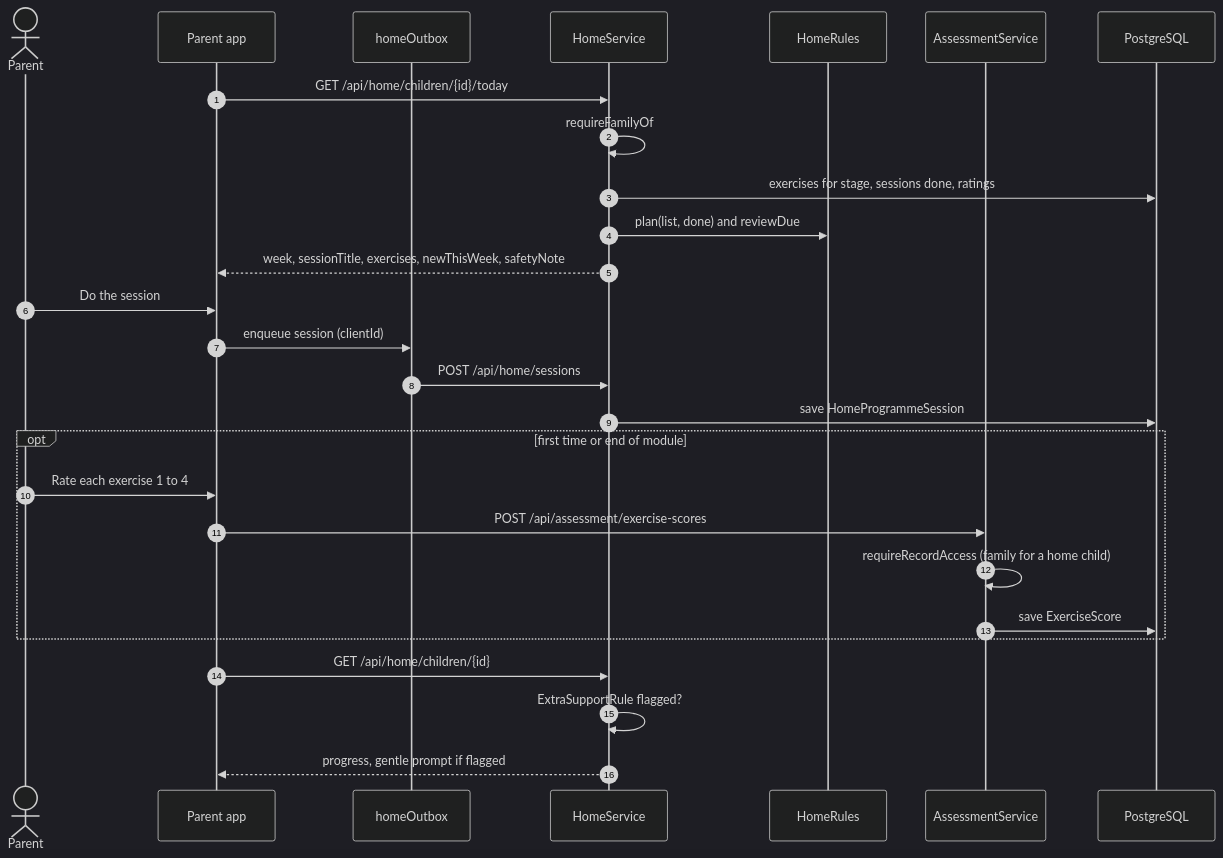
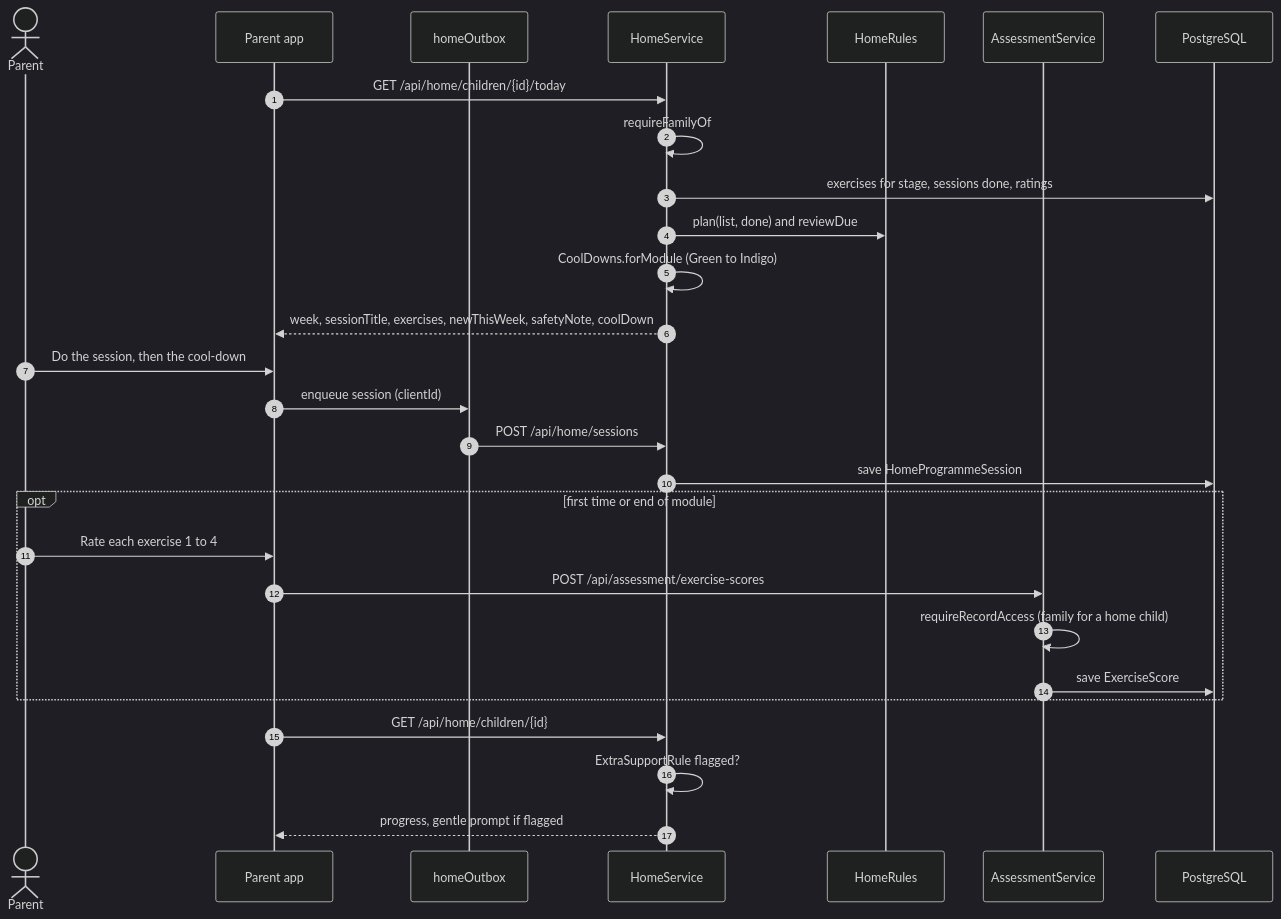
One commit to ersagarnikam/MoterMoversPlatform changed the second of 3 diagrams in docs/flows/5b-parent-motor-movers-at-home.md. Above: the diagram before and after it, drawn with Mermaid (dark theme). The commit also changed other lines of this file and 14 other files, not shown here.

First line of the commit message:
End home sessions with Pat's cool-down and record her 5 November answers

````diff
--- a/docs/flows/5b-parent-motor-movers-at-home.md
+++ b/docs/flows/5b-parent-motor-movers-at-home.md
@@ -67,29 +67,30 @@
 ```mermaid
 sequenceDiagram
   autonumber
   actor P as Parent
   participant A as Parent app
   participant Q as homeOutbox
   participant API as HomeService
   participant HR as HomeRules
   participant AS as AssessmentService
   participant DB as PostgreSQL
   A->>API: GET /api/home/children/{id}/today
   API->>API: requireFamilyOf
   API->>DB: exercises for stage, sessions done, ratings
   API->>HR: plan(list, done) and reviewDue
-  API-->>A: week, sessionTitle, exercises, newThisWeek, safetyNote
-  P->>A: Do the session
+  API->>API: CoolDowns.forModule (Green to Indigo)
+  API-->>A: week, sessionTitle, exercises, newThisWeek, safetyNote, coolDown
+  P->>A: Do the session, then the cool-down
   A->>Q: enqueue session (clientId)
   Q->>API: POST /api/home/sessions
   API->>DB: save HomeProgrammeSession
   opt first time or end of module
     P->>A: Rate each exercise 1 to 4
     A->>AS: POST /api/assessment/exercise-scores
     AS->>AS: requireRecordAccess (family for a home child)
     AS->>DB: save ExerciseScore
   end
   A->>API: GET /api/home/children/{id}
   API->>API: ExtraSupportRule flagged?
   API-->>A: progress, gentle prompt if flagged
 ```
````
